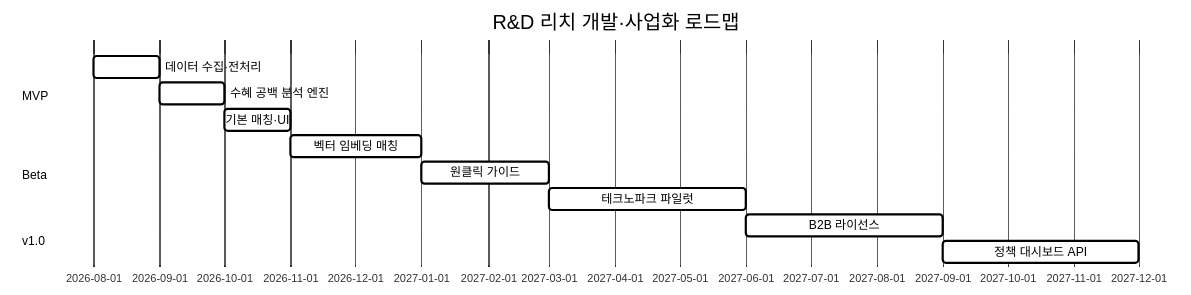
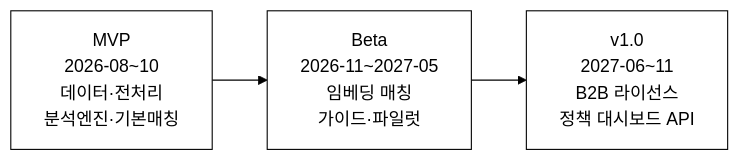
One commit to iamywl/pulicdata-congress changed the first of 2 diagrams in 42-R&D-미신청-중소발굴/biz/1_제안서.md. Above: the diagram before and after it, drawn with Mermaid. The commit also changed other lines of this file and 42 other files, not shown here.

First line of the commit message:
그림 렌더 수정 — 코드펜스 mermaid (GitHub 미렌더 해결) + \n→<br/> + quadrant/gantt 교체

````diff
--- a/42-R&D-미신청-중소발굴/biz/1_제안서.md
+++ b/42-R&D-미신청-중소발굴/biz/1_제안서.md
@@ -316,17 +50,6 @@
 ```mermaid
 %%{init: {'theme':'base','themeVariables':{'background':'#ffffff','primaryColor':'#ffffff','primaryBorderColor':'#000000','primaryTextColor':'#000000','secondaryColor':'#ffffff','secondaryBorderColor':'#000000','secondaryTextColor':'#000000','tertiaryColor':'#ffffff','tertiaryBorderColor':'#000000','tertiaryTextColor':'#000000','mainBkg':'#ffffff','secondBkg':'#ffffff','lineColor':'#000000','textColor':'#000000','clusterBkg':'#ffffff','clusterBorder':'#000000','edgeLabelBackground':'#ffffff','actorBkg':'#ffffff','actorBorder':'#000000','noteBkgColor':'#ffffff','noteBorderColor':'#000000','signalColor':'#000000','signalTextColor':'#000000','fontFamily':'Georgia, serif'}}}%%
-gantt
-    title R&D 리치 개발·사업화 로드맵
-    dateFormat  YYYY-MM
-    section MVP
-    데이터 수집·전처리       :2026-08, 1M
-    수혜 공백 분석 엔진      :2026-09, 1M
-    기본 매칭·UI            :2026-10, 1M
-    section Beta
-    벡터 임베딩 매칭         :2026-11, 2M
-    원클릭 가이드            :2027-01, 2M
-    테크노파크 파일럿        :2027-03, 3M
-    section v1.0
-    B2B 라이선스             :2027-06, 3M
-    정책 대시보드 API        :2027-09, 3M
+flowchart LR
+    A["MVP<br/>2026-08~10<br/>데이터·전처리<br/>분석엔진·기본매칭"] --> B["Beta<br/>2026-11~2027-05<br/>임베딩 매칭<br/>가이드·파일럿"]
+    B --> C["v1.0<br/>2027-06~11<br/>B2B 라이선스<br/>정책 대시보드 API"]
 ```
````
